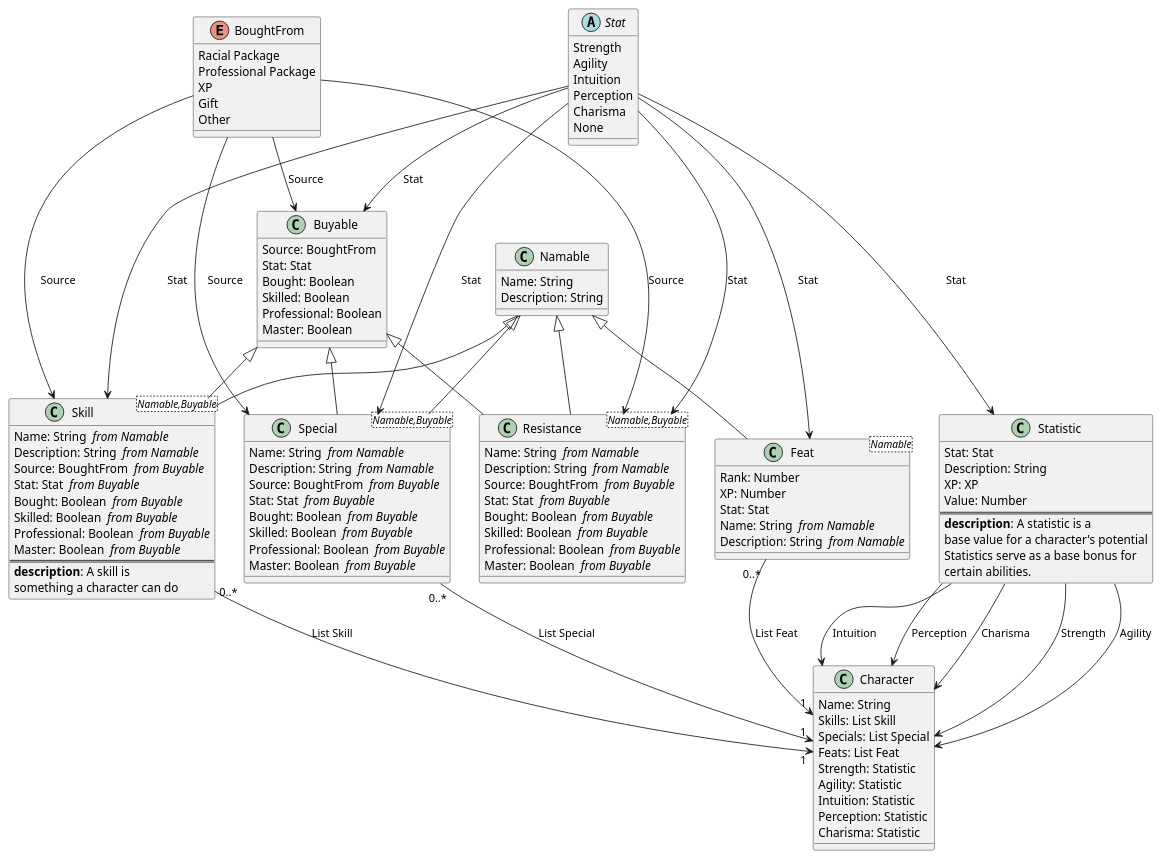
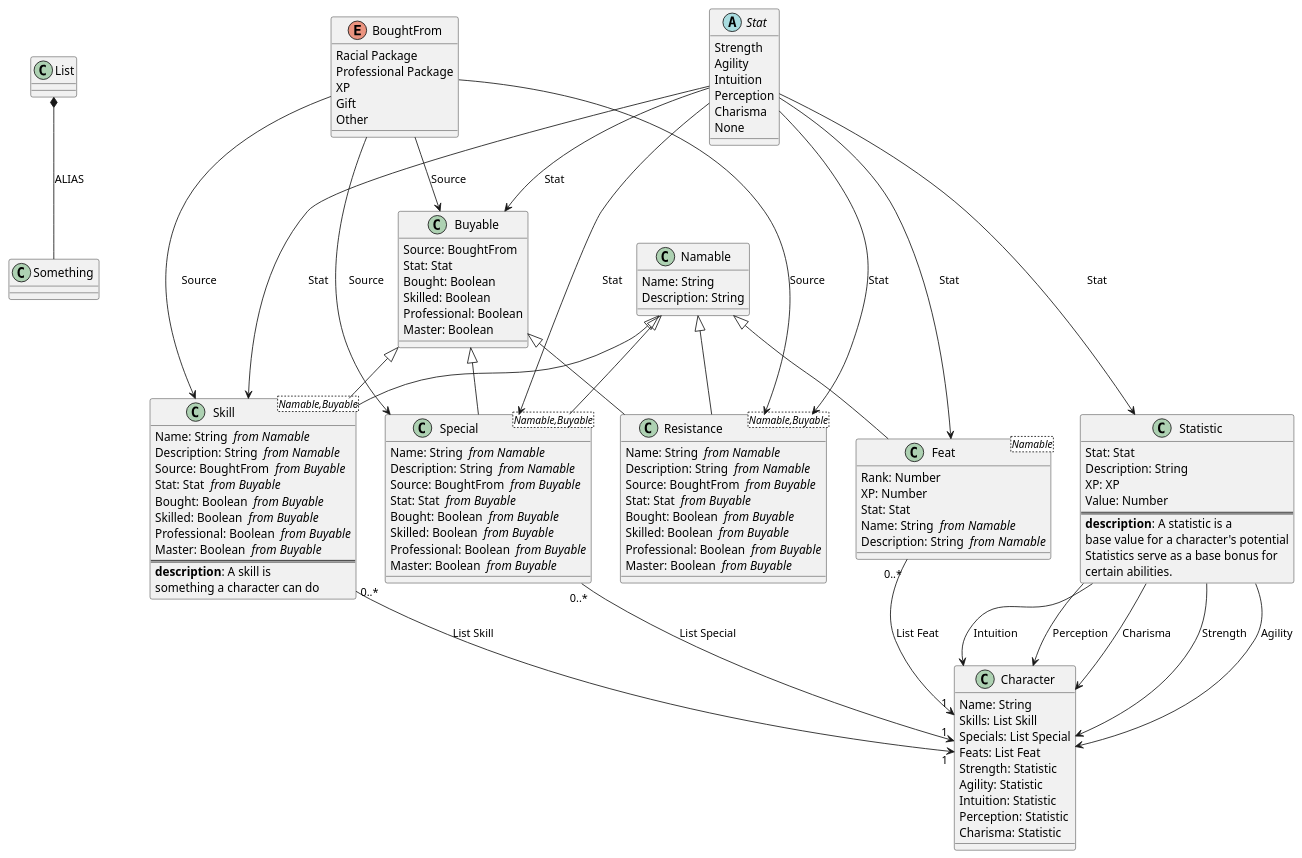
One commit to Baudin999/car-lang changed the diagram in Examples/output/v0.0.1/Aria/Aria.puml. Above: the diagram before and after it, drawn with PlantUML. The commit also changed 7 other files, not shown here.

```diff
--- a/Examples/output/v0.0.1/Aria/Aria.puml
+++ b/Examples/output/v0.0.1/Aria/Aria.puml
@@ -1,115 +1,120 @@
+class "List" as List  {
+}
 enum BoughtFrom {
 	Racial Package
 	Professional Package
 	XP
 	Gift
 	Other
 
 }
 abstract "Stat" as Stat {
 	Strength 
 	Agility 
 	Intuition 
 	Perception 
 	Charisma 
 	None 
 }
 class "Namable" as Namable  {
 	Name: String 
 	Description: String 
 }
 class "Buyable" as Buyable  {
 	Source: BoughtFrom 
 	Stat: Stat 
 	Bought: Boolean 
 	Skilled: Boolean 
 	Professional: Boolean 
 	Master: Boolean 
 }
 BoughtFrom --> Buyable : Source
 Stat --> Buyable : Stat
 class "Skill " as Skill <Namable,Buyable> {
 	Name: String  <i>from Namable</i>
 	Description: String  <i>from Namable</i>
 	Source: BoughtFrom  <i>from Buyable</i>
 	Stat: Stat  <i>from Buyable</i>
 	Bought: Boolean  <i>from Buyable</i>
 	Skilled: Boolean  <i>from Buyable</i>
 	Professional: Boolean  <i>from Buyable</i>
 	Master: Boolean  <i>from Buyable</i>
 ===
   <b>description</b>: A skill is
  something a character can do
 }
 BoughtFrom --> Skill : Source
 Stat --> Skill : Stat
 Namable <|-- Skill
 Buyable <|-- Skill
 class "Resistance " as Resistance <Namable,Buyable> {
 	Name: String  <i>from Namable</i>
 	Description: String  <i>from Namable</i>
 	Source: BoughtFrom  <i>from Buyable</i>
 	Stat: Stat  <i>from Buyable</i>
 	Bought: Boolean  <i>from Buyable</i>
 	Skilled: Boolean  <i>from Buyable</i>
 	Professional: Boolean  <i>from Buyable</i>
 	Master: Boolean  <i>from Buyable</i>
 }
 BoughtFrom --> Resistance : Source
 Stat --> Resistance : Stat
 Namable <|-- Resistance
 Buyable <|-- Resistance
 class "Special " as Special <Namable,Buyable> {
 	Name: String  <i>from Namable</i>
 	Description: String  <i>from Namable</i>
 	Source: BoughtFrom  <i>from Buyable</i>
 	Stat: Stat  <i>from Buyable</i>
 	Bought: Boolean  <i>from Buyable</i>
 	Skilled: Boolean  <i>from Buyable</i>
 	Professional: Boolean  <i>from Buyable</i>
 	Master: Boolean  <i>from Buyable</i>
 }
 BoughtFrom --> Special : Source
 Stat --> Special : Stat
 Namable <|-- Special
 Buyable <|-- Special
 class "Feat " as Feat <Namable> {
 	Rank: Number 
 	XP: Number 
 	Stat: Stat 
 	Name: String  <i>from Namable</i>
 	Description: String  <i>from Namable</i>
 }
 Stat --> Feat : Stat
 Namable <|-- Feat
+class "Something " as Something  {
+}
+List *-- Something: ALIAS
 class "Statistic" as Statistic  {
 	Stat: Stat 
 	Description: String 
 	XP: XP 
 	Value: Number 
 ===
   <b>description</b>: A statistic is a
  base value for a character's potential
  Statistics serve as a base bonus for
  certain abilities.
 }
 Stat --> Statistic : Stat
 class "Character" as Character  {
 	Name: String 
 	Skills: List Skill
 	Specials: List Special
 	Feats: List Feat
 	Strength: Statistic 
 	Agility: Statistic 
 	Intuition: Statistic 
 	Perception: Statistic 
 	Charisma: Statistic 
 }
 Statistic --> Character : Strength
 Statistic --> Character : Agility
 Statistic --> Character : Intuition
 Statistic --> Character : Perception
 Statistic --> Character : Charisma
 Skill "0..*" --> "1" Character : List Skill
 Special "0..*" --> "1" Character : List Special
 Feat "0..*" --> "1" Character : List Feat
```
